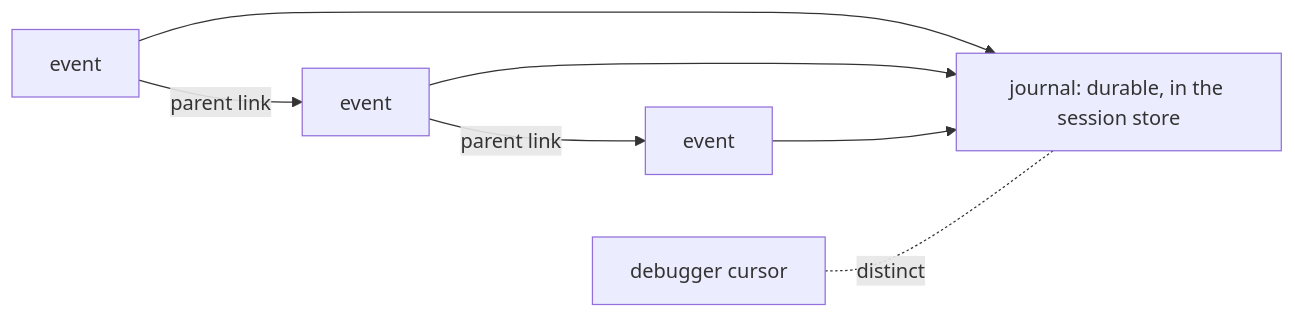
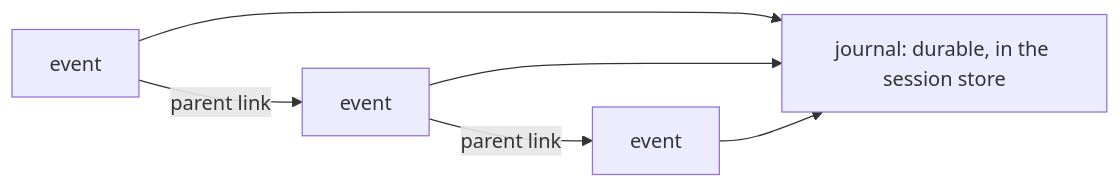
The diagram in docs/progress/1.0/glossary/diagrams/journal.mmd (KonomiYuzu01/Magic-600-Cell), drawn with Mermaid before and after one commit. The commit also changed 78 other files, not shown here.

```diff
--- a/docs/progress/1.0/glossary/diagrams/journal.mmd
+++ b/docs/progress/1.0/glossary/diagrams/journal.mmd
@@ -1,4 +1,3 @@
 flowchart LR
   E1[event] -->|parent link| E2[event] -->|parent link| E3[event]
   E1 & E2 & E3 --> J[journal: durable, in the session store]
-  D[debugger cursor] -. distinct .- J
```
